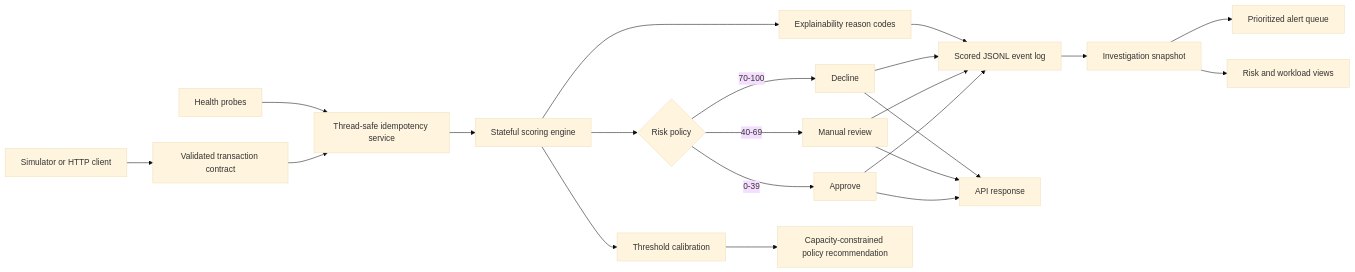
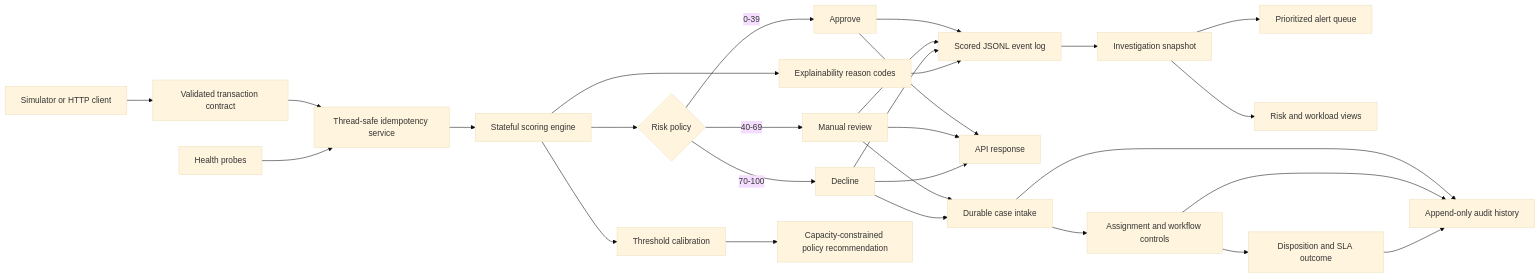
The diagram in docs/architecture.md (Siri20052003/FraudStream-360), drawn with Mermaid (base theme) before and after one commit. The commit also changed other lines of this file and 8 other files, not shown here.

Commit message:
feat: add durable fraud case management

````diff
--- a/docs/architecture.md
+++ b/docs/architecture.md
@@ -3,19 +3,23 @@
 ```mermaid
 flowchart LR
     A[Simulator or HTTP client] --> B[Validated transaction contract]
     B --> L[Thread-safe idempotency service]
     L --> C[Stateful scoring engine]
     C --> D{Risk policy}
     D -->|0-39| E[Approve]
     D -->|40-69| F[Manual review]
     D -->|70-100| G[Decline]
     C --> H[Explainability reason codes]
     E & F & G & H --> I[Scored JSONL event log]
     C --> J[Threshold calibration]
     J --> K[Capacity-constrained policy recommendation]
     E & F & G --> M[API response]
     N[Health probes] --> L
     I --> O[Investigation snapshot]
     O --> P[Prioritized alert queue]
     O --> Q[Risk and workload views]
+    F & G --> R[Durable case intake]
+    R --> S[Assignment and workflow controls]
+    S --> T[Disposition and SLA outcome]
+    R & S & T --> U[Append-only audit history]
 ```
````
